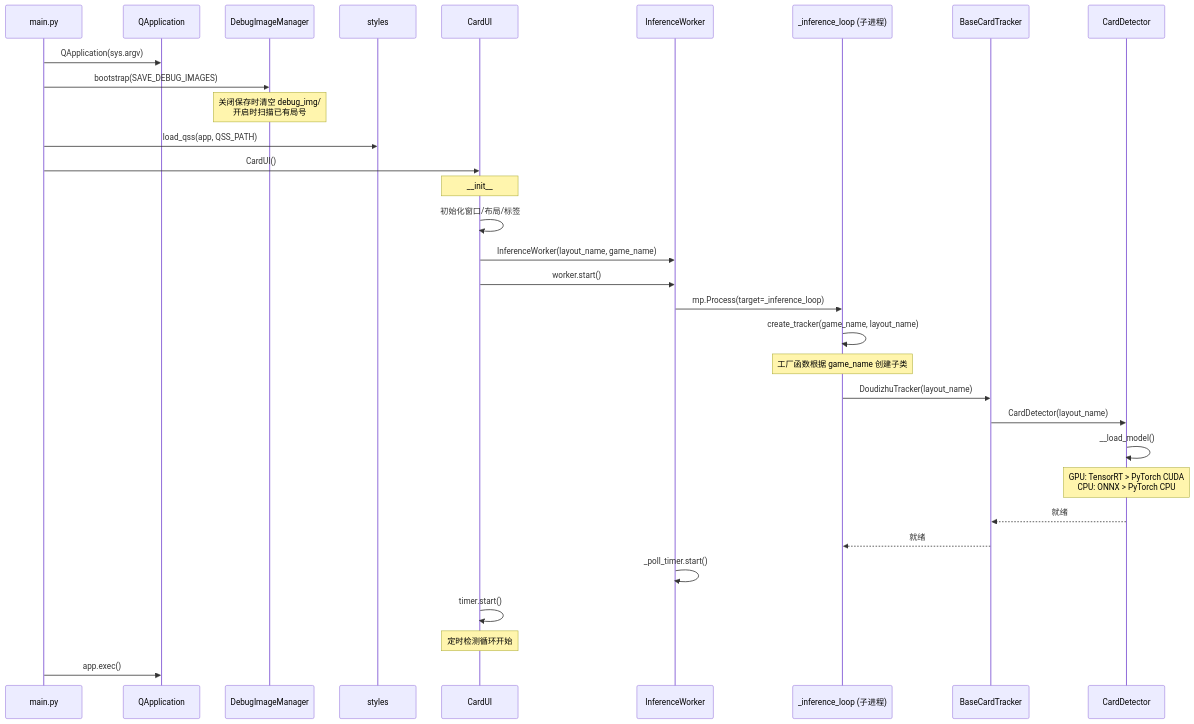
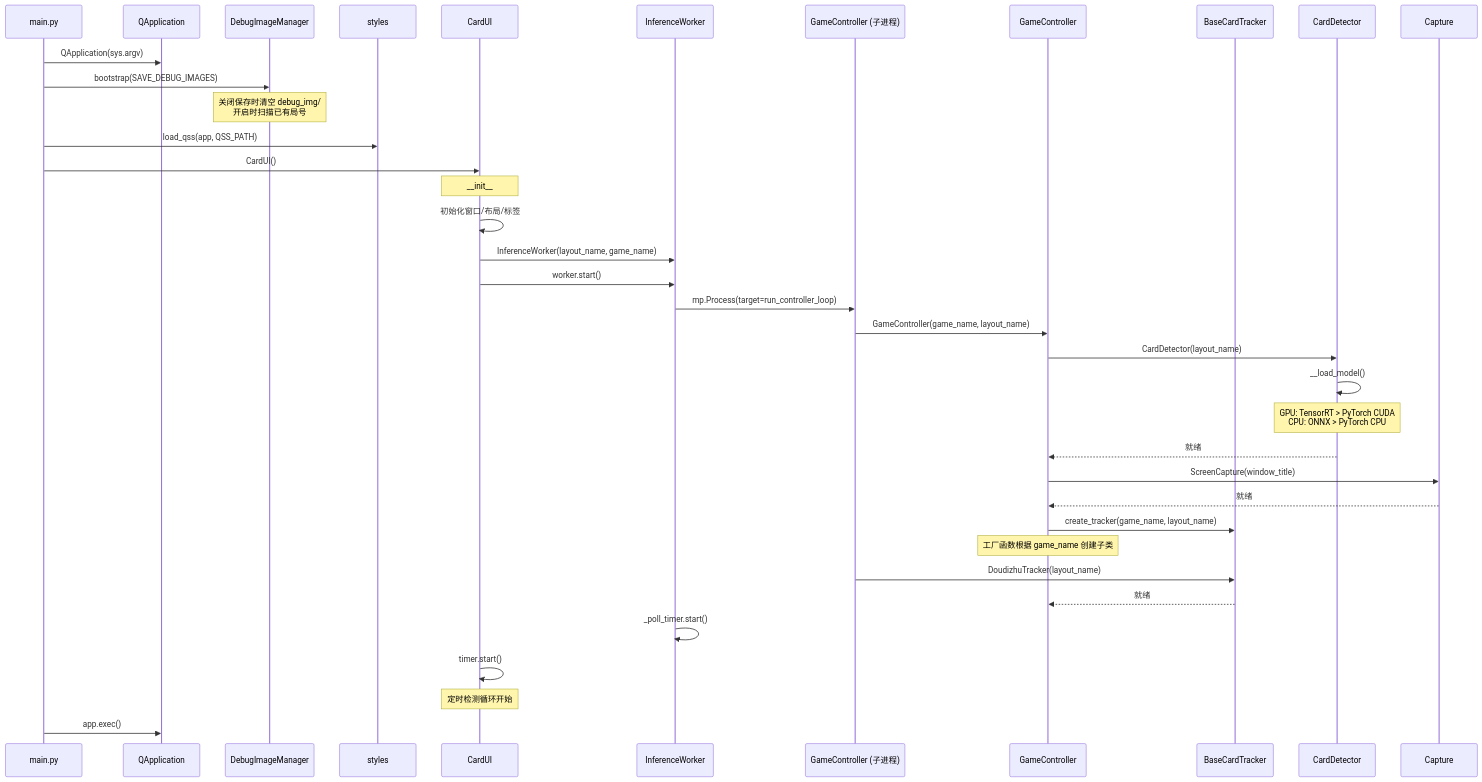
Before and after one commit to luckFan0519/han-card-tracker: the second of 5 diagrams in docs/sequence-diagram.md, drawn with Mermaid. The commit also changed other lines of this file and 9 other files, not shown here.

````diff
--- a/docs/sequence-diagram.md
+++ b/docs/sequence-diagram.md
@@ -65,38 +69,42 @@
 ```mermaid
 sequenceDiagram
     participant Main as main.py
     participant App as QApplication
     participant DebugMgr as DebugImageManager
     participant Styles as styles
     participant UI as CardUI
     participant Worker as InferenceWorker
-    participant SubProc as _inference_loop (子进程)
+    participant SubProc as GameController (子进程)
+    participant Controller as GameController
     participant Tracker as BaseCardTracker
     participant Detector as CardDetector
 
     Main->>App: QApplication(sys.argv)
     Main->>DebugMgr: bootstrap(SAVE_DEBUG_IMAGES)
     Note over DebugMgr: 关闭保存时清空 debug_img/<br/>开启时扫描已有局号
     Main->>Styles: load_qss(app, QSS_PATH)
     Main->>UI: CardUI()
 
     Note over UI: __init__
     UI->>UI: 初始化窗口/布局/标签
     UI->>Worker: InferenceWorker(layout_name, game_name)
     UI->>Worker: worker.start()
 
-    Worker->>SubProc: mp.Process(target=_inference_loop)
-    SubProc->>SubProc: create_tracker(game_name, layout_name)
-    Note over SubProc: 工厂函数根据 game_name 创建子类
-    SubProc->>Tracker: DoudizhuTracker(layout_name)
-    Tracker->>Detector: CardDetector(layout_name)
+    Worker->>SubProc: mp.Process(target=run_controller_loop)
+    SubProc->>Controller: GameController(game_name, layout_name)
+    Controller->>Detector: CardDetector(layout_name)
     Detector->>Detector: __load_model()
     Note over Detector: GPU: TensorRT > PyTorch CUDA<br/>CPU: ONNX > PyTorch CPU
-    Detector-->>Tracker: 就绪
-    Tracker-->>SubProc: 就绪
+    Detector-->>Controller: 就绪
+    Controller->>Capture: ScreenCapture(window_title)
+    Capture-->>Controller: 就绪
+    Controller->>Tracker: create_tracker(game_name, layout_name)
+    Note over Controller: 工厂函数根据 game_name 创建子类
+    SubProc->>Tracker: DoudizhuTracker(layout_name)
+    Tracker-->>Controller: 就绪
 
     Worker->>Worker: _poll_timer.start()
     UI->>UI: timer.start()
     Note over UI: 定时检测循环开始
     Main->>App: app.exec()
 ```
````
